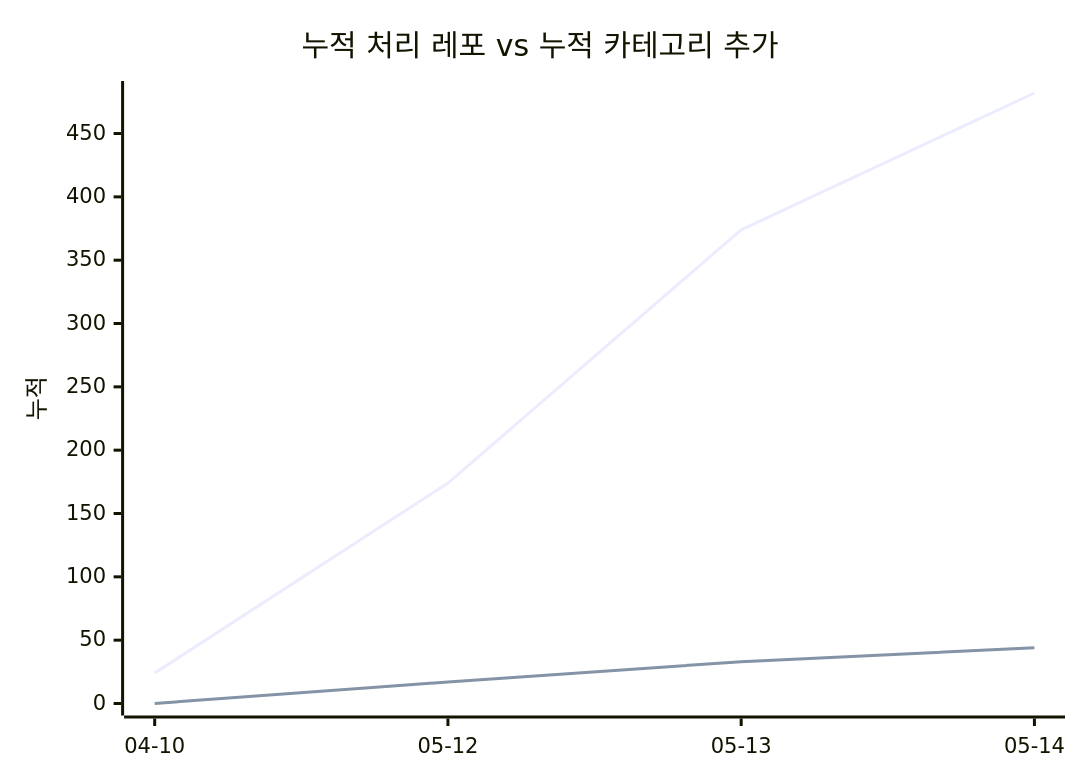
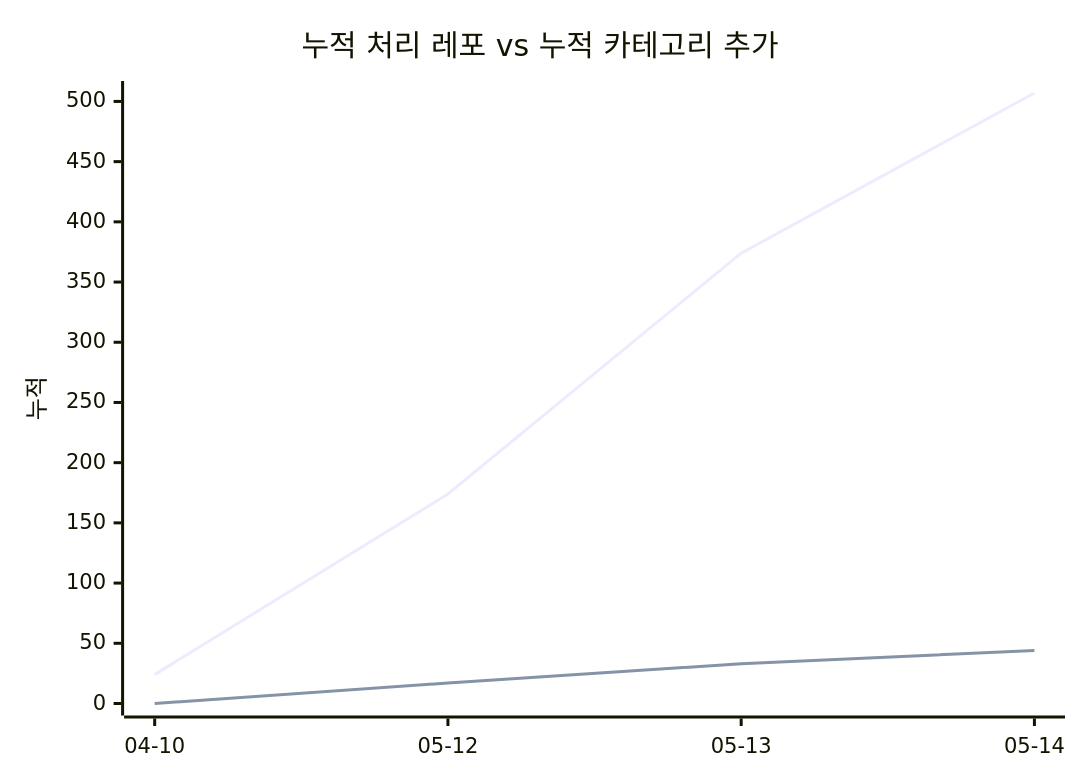
The second of 2 diagrams in docs/trends.md (J-nowcow/awesome-korean-agent-skills), drawn with Mermaid before and after one commit. The commit also changed other lines of this file and 2 other files, not shown here.

````diff
--- a/docs/trends.md
+++ b/docs/trends.md
@@ -58,8 +58,8 @@
 ```mermaid
 xychart-beta
     title "누적 처리 레포 vs 누적 카테고리 추가"
     x-axis ["04-10","05-12","05-13","05-14"]
     y-axis "누적"
-    line [24,174,374,482]
+    line [24,174,374,507]
     line [0,17,33,44]
 ```
````
